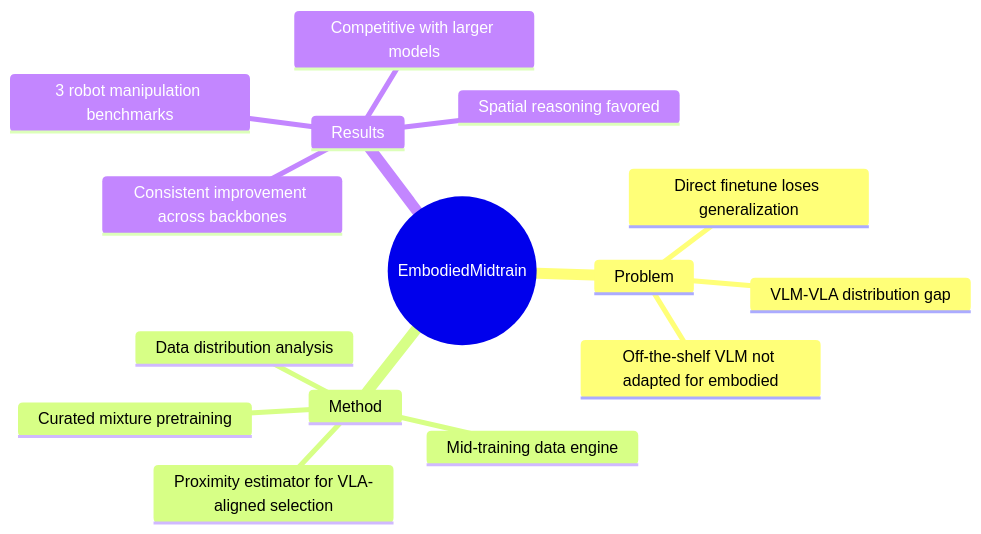
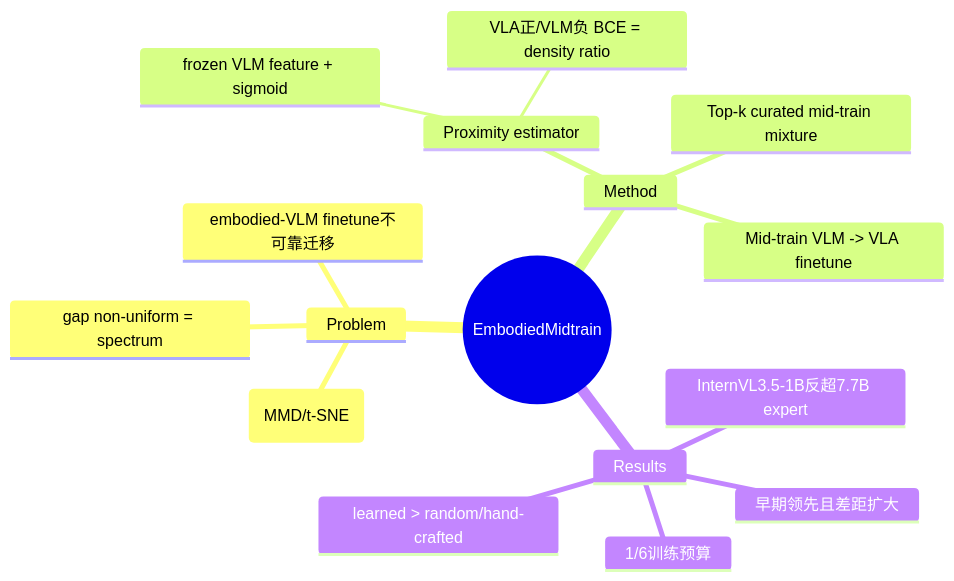
Before and after one commit to Kendrick-Stein/MCISLAB_DeepRead: the diagram in Papers/Archive/2604-EmbodiedMidtrain.md, drawn with Mermaid. The commit also changed other lines of this file and 21 other files, not shown here.

````diff
--- a/Papers/Archive/2604-EmbodiedMidtrain.md
+++ b/Papers/Archive/2604-EmbodiedMidtrain.md
@@ -83,18 +72,19 @@
 ```mermaid
 mindmap
   root((EmbodiedMidtrain))
     Problem
-      VLM-VLA distribution gap
-      Off-the-shelf VLM not adapted for embodied
-      Direct finetune loses generalization
+      VLM-VLA distribution gap (MMD/t-SNE)
+      gap non-uniform = spectrum
+      embodied-VLM finetune不可靠迁移
     Method
-      Data distribution analysis
-      Mid-training data engine
-      Proximity estimator for VLA-aligned selection
-      Curated mixture pretraining
+      Proximity estimator
+        frozen VLM feature + sigmoid
+        VLA正/VLM负 BCE = density ratio
+      Top-k curated mid-train mixture
+      Mid-train VLM -> VLA finetune
     Results
-      3 robot manipulation benchmarks
-      Consistent improvement across backbones
-      Competitive with larger models
-      Spatial reasoning favored
+      InternVL3.5-1B反超7.7B expert
+      1/6训练预算
+      learned > random/hand-crafted
+      早期领先且差距扩大
 ```
````
